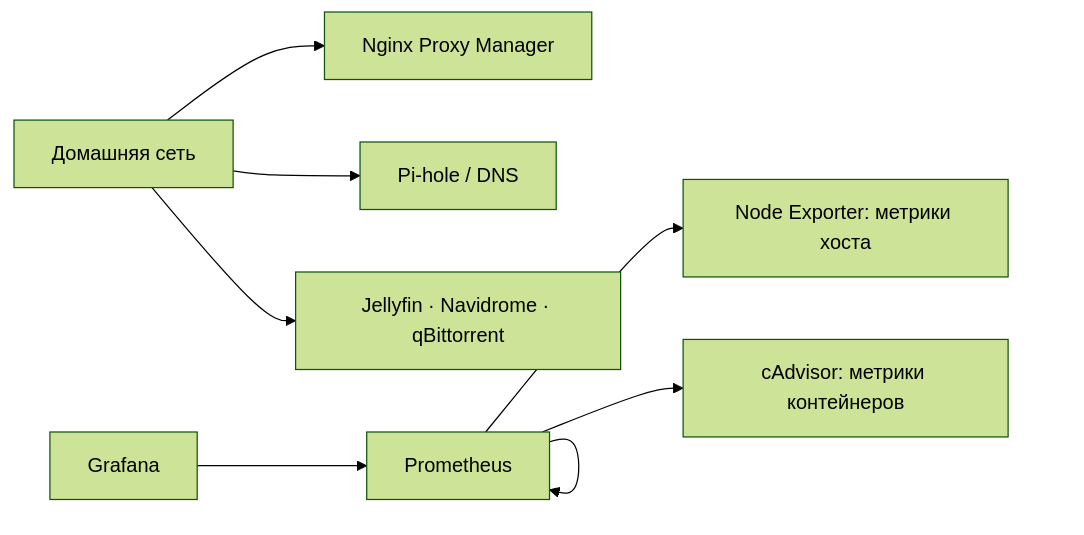
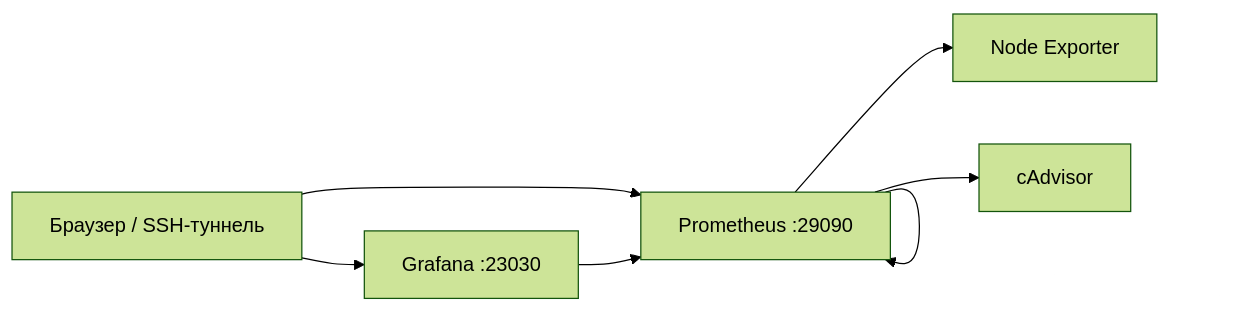
Before and after one commit to place3/homelab: the diagram in README.md, drawn with Mermaid (forest theme). The commit also changed other lines of this file and 13 other files, not shown here.

````diff
--- a/README.md
+++ b/README.md
@@ -7,10 +16,9 @@
 ```mermaid
 flowchart LR
-    user["Домашняя сеть"] --> proxy["Nginx Proxy Manager"]
-    user --> dns["Pi-hole / DNS"]
-    user --> media["Jellyfin · Navidrome · qBittorrent"]
-    grafana["Grafana"] --> prometheus["Prometheus"]
-    prometheus --> node["Node Exporter: метрики хоста"]
-    prometheus --> cadvisor["cAdvisor: метрики контейнеров"]
+    browser["Браузер / SSH-туннель"] --> grafana["Grafana :23030"]
+    browser --> prometheus["Prometheus :29090"]
+    grafana --> prometheus
+    prometheus --> node["Node Exporter"]
+    prometheus --> cadvisor["cAdvisor"]
     prometheus --> prometheus
 ```
````
